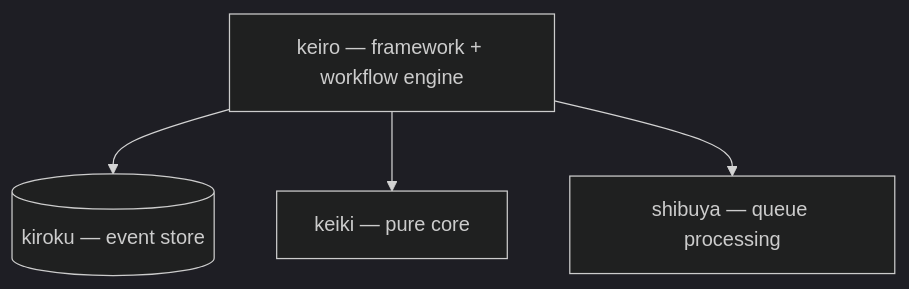
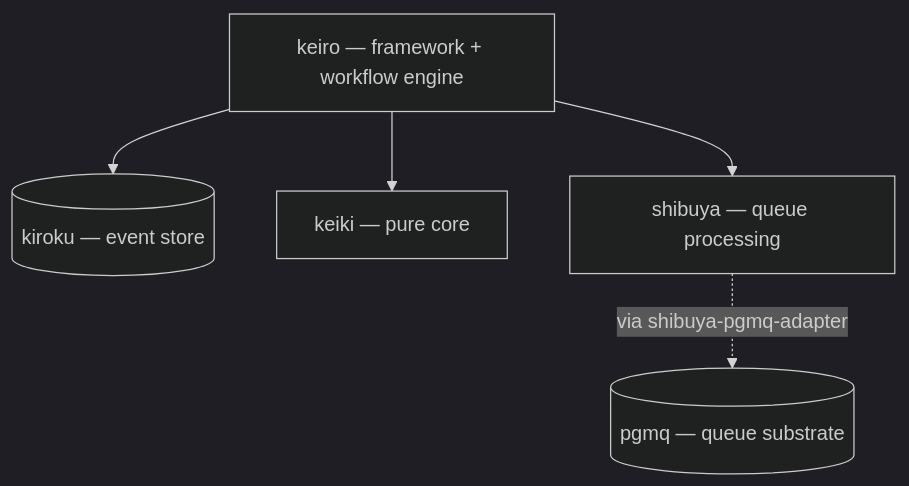
Before and after one commit to shinzui/keiro-runtime-docs: the diagram in content/docs/getting-started/the-keiro-family.mdx, drawn with Mermaid (dark theme). The commit also changed other lines of this file and 3 other files, not shown here.

First line of the commit message:
docs(getting-started): introduce pgmq as the queue substrate across family pages

````diff
--- a/content/docs/getting-started/the-keiro-family.mdx
+++ b/content/docs/getting-started/the-keiro-family.mdx
@@ -24,10 +27,12 @@
 ```mermaid
 flowchart TD
     keiro[keiro — framework + workflow engine]
     kiroku[(kiroku — event store)]
     keiki[keiki — pure core]
     shibuya[shibuya — queue processing]
+    pgmq[(pgmq — queue substrate)]
     keiro --> kiroku
     keiro --> keiki
     keiro --> shibuya
+    shibuya -. via shibuya-pgmq-adapter .-> pgmq
 ```
````
